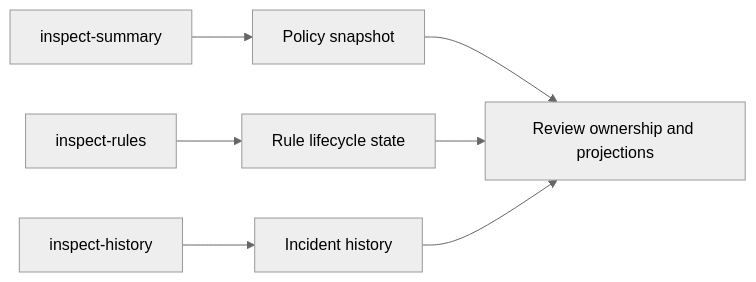
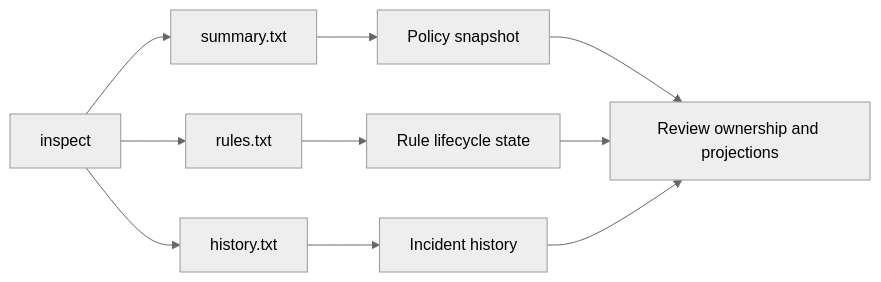
Before and after one commit to bijux/bijux-masterclass: the first of 2 diagrams in programs/python-programming/python-object-oriented-programming/capstone/INSPECTION_GUIDE.md, drawn with Mermaid (neutral theme). The commit also changed other lines of this file and 5 other files, not shown here.

````diff
--- a/programs/python-programming/python-object-oriented-programming/capstone/INSPECTION_GUIDE.md
+++ b/programs/python-programming/python-object-oriented-programming/capstone/INSPECTION_GUIDE.md
@@ -7,9 +7,12 @@
 ```mermaid
 graph LR
-  summary["inspect-summary"] --> snapshot["Policy snapshot"]
-  rules["inspect-rules"] --> lifecycle["Rule lifecycle state"]
-  history["inspect-history"] --> incidents["Incident history"]
+  inspect["inspect"] --> summary["summary.txt"]
+  inspect --> rules["rules.txt"]
+  inspect --> history["history.txt"]
+  summary --> snapshot["Policy snapshot"]
+  rules --> lifecycle["Rule lifecycle state"]
+  history --> incidents["Incident history"]
   snapshot --> review["Review ownership and projections"]
   lifecycle --> review
   incidents --> review
 ```
````
